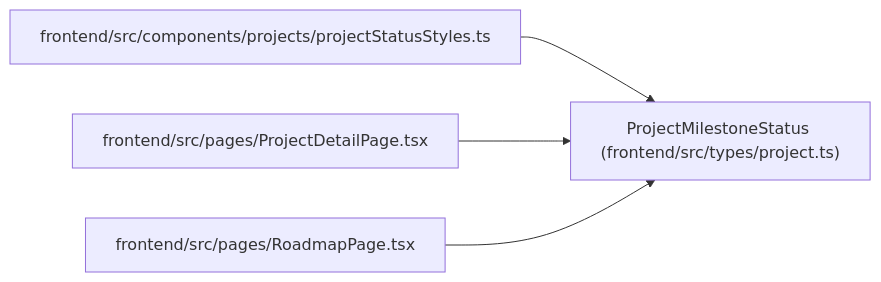
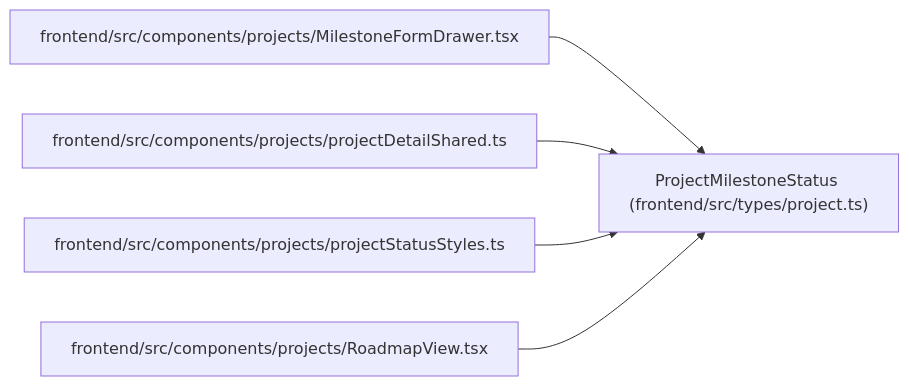
Before and after one commit to Denissvgn/WorkChord: the diagram in docs/llm_wiki/entities/types_project_ProjectMilestoneStatus.md, drawn with Mermaid. The commit also changed other lines of this file and 2373 other files, not shown here.

````diff
--- a/docs/llm_wiki/entities/types_project_ProjectMilestoneStatus.md
+++ b/docs/llm_wiki/entities/types_project_ProjectMilestoneStatus.md
@@ -28,14 +28,17 @@
 ```mermaid
 flowchart LR
     n0["ProjectMilestoneStatus (frontend/src/types/project.ts)"]
-    n1["frontend/src/components/projects/projectStatusStyles.ts"]
-    n2["frontend/src/pages/ProjectDetailPage.tsx"]
-    n3["frontend/src/pages/RoadmapPage.tsx"]
+    n1["frontend/src/components/projects/MilestoneFormDrawer.tsx"]
+    n2["frontend/src/components/projects/projectDetailShared.ts"]
+    n3["frontend/src/components/projects/projectStatusStyles.ts"]
+    n4["frontend/src/components/projects/RoadmapView.tsx"]
     n1 --> n0
     n2 --> n0
     n3 --> n0
+    n4 --> n0
     click n0 "../modules/types_project.md"
-    click n1 "../modules/projectStatusStyles.md"
-    click n2 "../modules/ProjectDetailPage.md"
-    click n3 "../modules/RoadmapPage.md"
+    click n1 "../modules/MilestoneFormDrawer.md"
+    click n2 "../modules/projectDetailShared.md"
+    click n3 "../modules/projectStatusStyles.md"
+    click n4 "../modules/RoadmapView.md"
 ```
````
